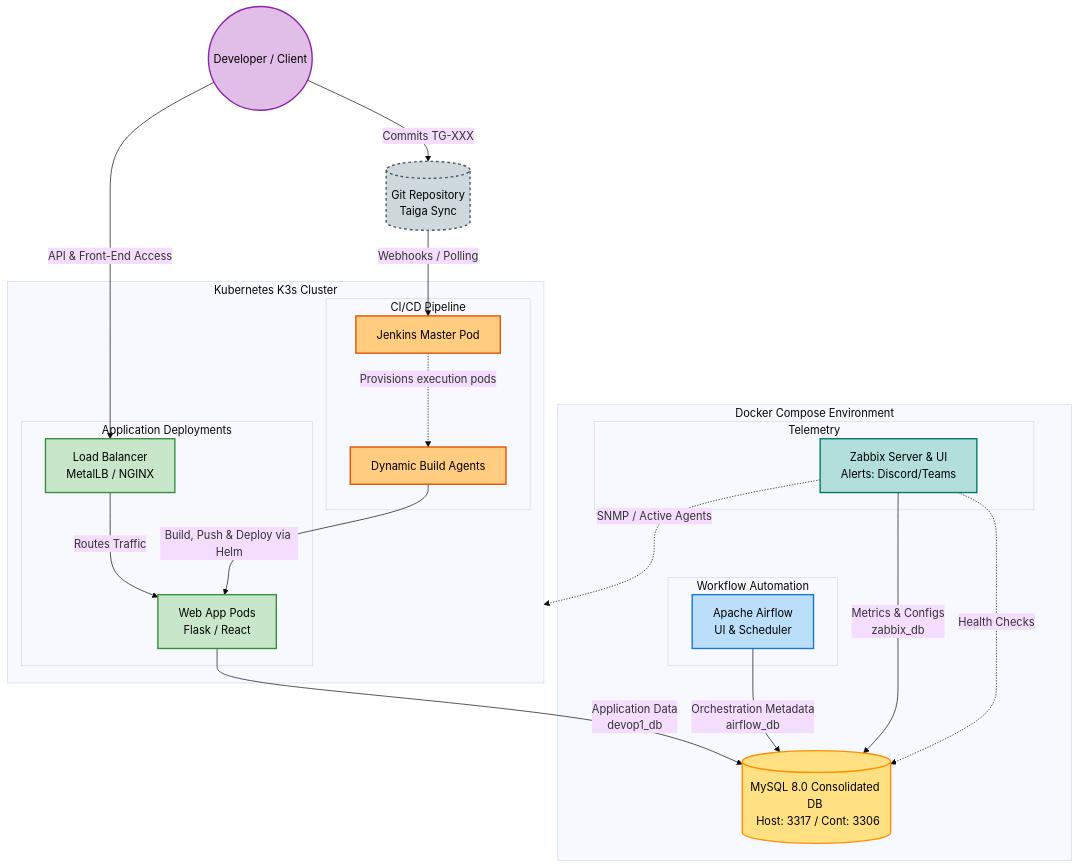
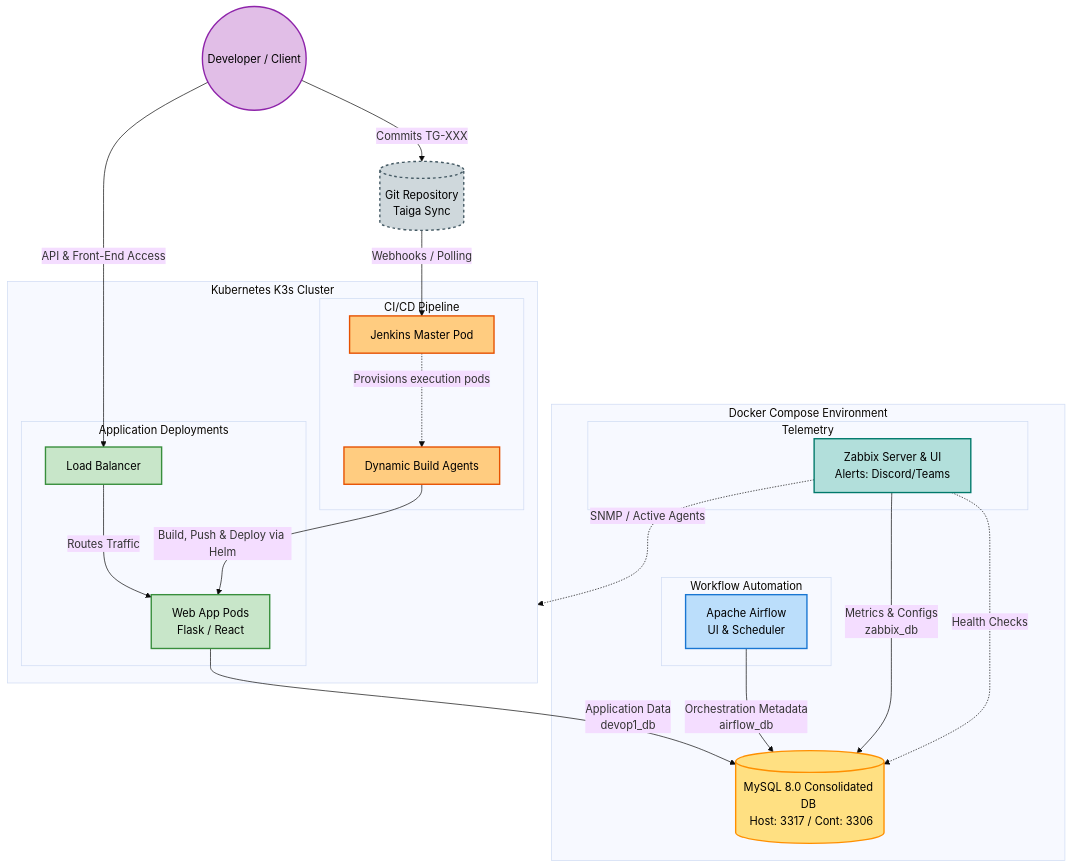
The diagram in README.md (lanfr144/DEVOP1), drawn with Mermaid (base theme) before and after one commit. The commit also changed 123 other files, not shown here.

````diff
--- a/README.md
+++ b/README.md
@@ -18,57 +18,58 @@
 ```mermaid
 graph TD
     %% Define Node Styles
     classDef user fill:#e1bee7,stroke:#8e24aa,stroke-width:2px,color:#000;
     classDef git fill:#cfd8dc,stroke:#455a64,stroke-width:2px,stroke-dasharray: 4 4,color:#000;
     classDef db fill:#ffe082,stroke:#ff8f00,stroke-width:2px,color:#000;
     classDef app fill:#bbdefb,stroke:#1976d2,stroke-width:2px,color:#000;
     classDef mon fill:#b2dfdb,stroke:#00796b,stroke-width:2px,color:#000;
     classDef k8s fill:#c8e6c9,stroke:#388e3c,stroke-width:2px,color:#000;
     classDef cicd fill:#ffcc80,stroke:#e65100,stroke-width:2px,color:#000;
 
     User((Developer / Client)):::user
     Git[(Git Repository <br> Taiga Sync)]:::git
 
     subgraph DockerCompose [Docker Compose Environment]
         MySQL[(MySQL 8.0 Consolidated DB <br> Host: 3317 / Cont: 3306)]:::db
         
         subgraph AirflowStack [Workflow Automation]
             Airflow[Apache Airflow <br> UI & Scheduler]:::app
         end
         
         subgraph MonitorStack [Telemetry]
             Zabbix[Zabbix Server & UI <br> Alerts: Discord/Teams]:::mon
         end
     end
 
     subgraph K3s [Kubernetes K3s Cluster]
         subgraph CICD [CI/CD Pipeline]
             JenkinsMaster[Jenkins Master Pod]:::cicd
             JenkinsAgent[Dynamic Build Agents]:::cicd
         end
         
         subgraph Workloads [Application Deployments]
             WebApp[Web App Pods <br> Flask / React]:::k8s
-            LB[Load Balancer <br> MetalLB / NGINX]:::k8s
+            LB[Load Balancer]:::k8s
+            %% Note: MetalLB and NGINX are not used currently.
         end
     end
 
     %% Developer & User Workflows
     User -->|API & Front-End Access| LB
     LB -->|Routes Traffic| WebApp
     User -->|Commits TG-XXX| Git
     
     %% CI/CD Data Flow
     Git -->|Webhooks / Polling| JenkinsMaster
     JenkinsMaster -.->|Provisions execution pods| JenkinsAgent
     JenkinsAgent -->|Build, Push & Deploy via Helm| WebApp
     
     %% Unified Database Connectivity
     WebApp -->|Application Data <br> devop1_db| MySQL
     Airflow -->|Orchestration Metadata <br> airflow_db| MySQL
     Zabbix -->|Metrics & Configs <br> zabbix_db| MySQL
     
     %% Monitoring Overlays
     Zabbix -.->|SNMP / Active Agents| K3s
     Zabbix -.->|Health Checks| MySQL
 ```
````
